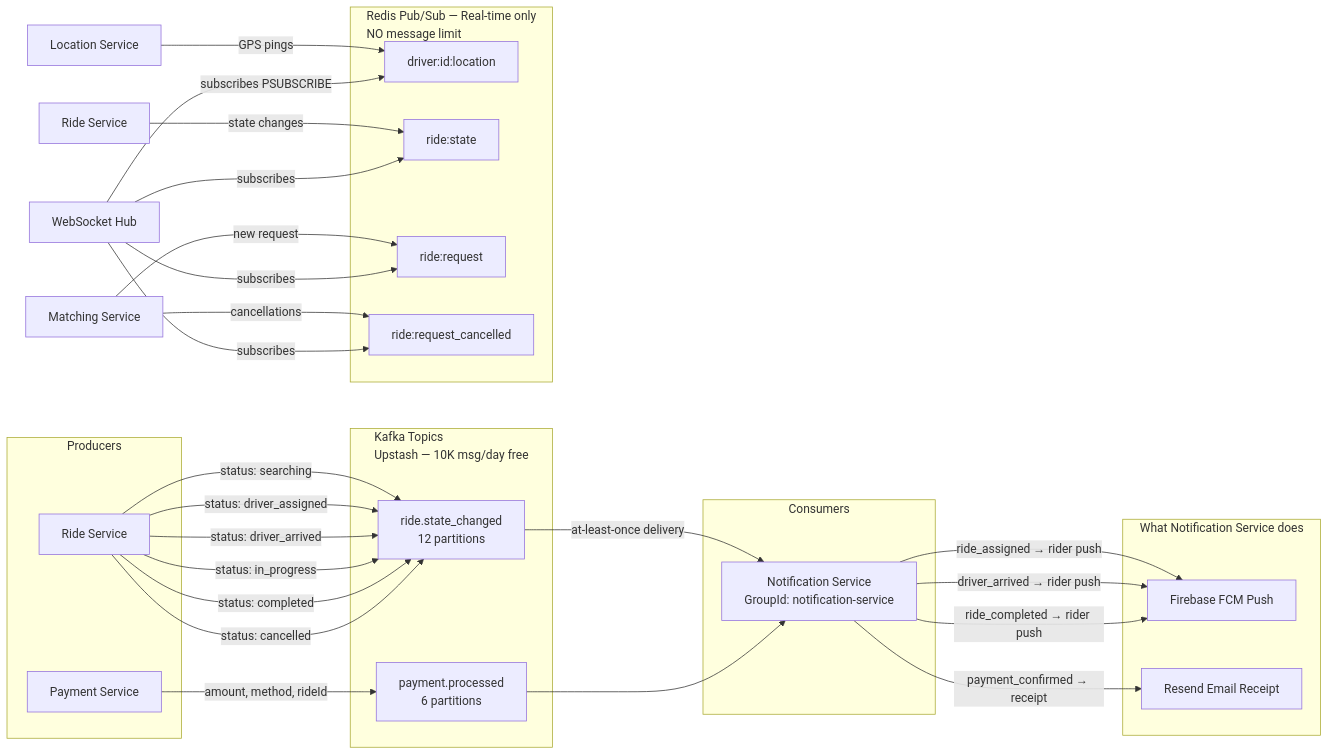
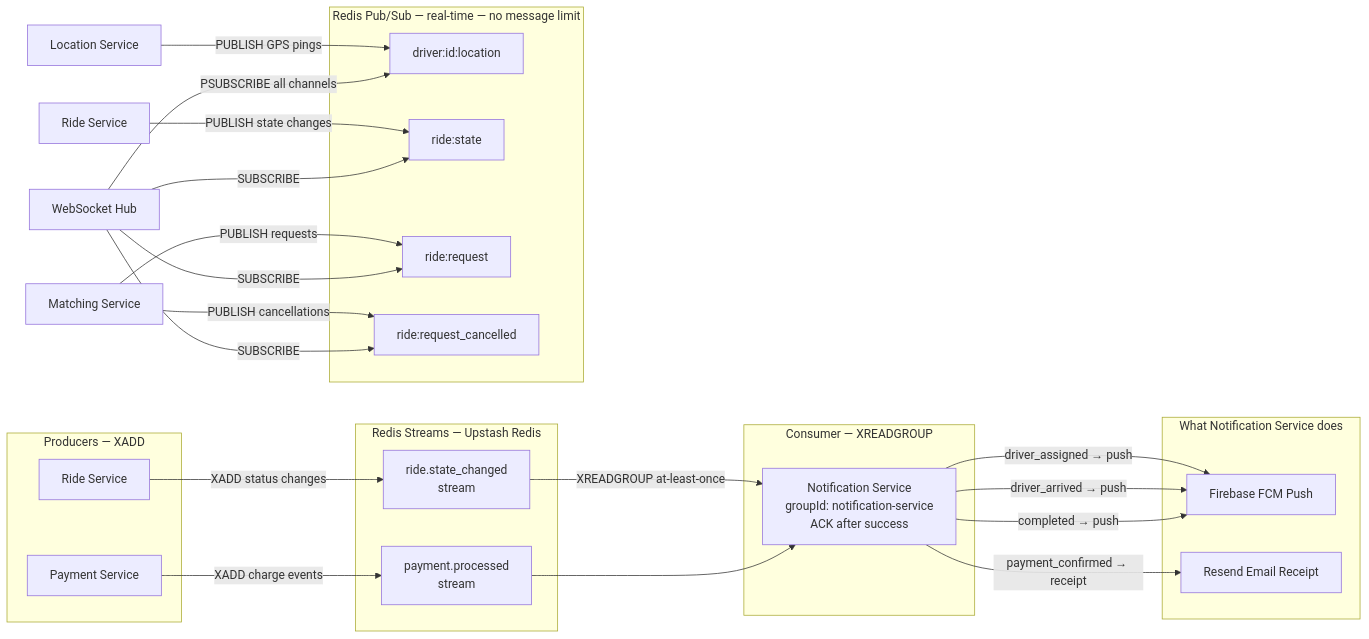
Diagram 11 of 12 in ARCHITECTURE.md (abhishekc98/ride-sharing-app), drawn with Mermaid before and after one commit. The commit also changed other lines of this file and 6 other files, not shown here.

````diff
--- a/ARCHITECTURE.md
+++ b/ARCHITECTURE.md
@@ -726,53 +727,49 @@
 ```mermaid
 flowchart LR
-    subgraph Producers
+    subgraph Producers["Producers — XADD"]
         RS[Ride Service]
         PS[Payment Service]
     end
 
-    subgraph Topics["Kafka Topics\nUpstash — 10K msg/day free"]
-        T1[ride.state_changed\n12 partitions]
-        T2[payment.processed\n6 partitions]
+    subgraph Streams["Redis Streams — Upstash Redis"]
+        T1[ride.state_changed\nstream]
+        T2[payment.processed\nstream]
     end
 
-    subgraph Consumers
-        NS[Notification Service\nGroupId: notification-service]
+    subgraph Consumers["Consumer — XREADGROUP"]
+        NS[Notification Service\ngroupId: notification-service\nACK after success]
     end
 
     subgraph Actions["What Notification Service does"]
         FCM[Firebase FCM Push]
         EMAIL[Resend Email Receipt]
     end
 
-    RS -->|status: searching| T1
-    RS -->|status: driver_assigned| T1
-    RS -->|status: driver_arrived| T1
-    RS -->|status: in_progress| T1
-    RS -->|status: completed| T1
-    RS -->|status: cancelled| T1
+    RS -->|XADD status changes| T1
+    PS -->|XADD charge events| T2
 
-    PS -->|amount, method, rideId| T2
-
-    T1 -->|at-least-once delivery| NS
+    T1 -->|XREADGROUP at-least-once| NS
     T2 --> NS
 
-    NS -->|ride_assigned → rider push| FCM
-    NS -->|driver_arrived → rider push| FCM
-    NS -->|ride_completed → rider push| FCM
+    NS -->|driver_assigned → push| FCM
+    NS -->|driver_arrived → push| FCM
+    NS -->|completed → push| FCM
     NS -->|payment_confirmed → receipt| EMAIL
 
-    subgraph RedisPS["Redis Pub/Sub — Real-time only\nNO message limit"]
+    subgraph RedisPS["Redis Pub/Sub — real-time — no message limit"]
         CH1[driver:id:location]
         CH2[ride:state]
         CH3[ride:request]
         CH4[ride:request_cancelled]
     end
 
-    RS2[Ride Service] -->|state changes| CH2
-    MS[Matching Service] -->|new request| CH3
-    MS -->|cancellations| CH4
-    LS[Location Service] -->|GPS pings| CH1
+    RS2[Ride Service] -->|PUBLISH state changes| CH2
+    MS[Matching Service] -->|PUBLISH requests| CH3
+    MS -->|PUBLISH cancellations| CH4
+    LS[Location Service] -->|PUBLISH GPS pings| CH1
 
-    WS[WebSocket Hub] -->|subscribes PSUBSCRIBE| CH1
-    WS -->|subscribes| CH2 & CH3 & CH4
+    WS[WebSocket Hub] -->|PSUBSCRIBE all channels| CH1
+    WS -->|SUBSCRIBE| CH2
+    WS -->|SUBSCRIBE| CH3
+    WS -->|SUBSCRIBE| CH4
 ```
````
